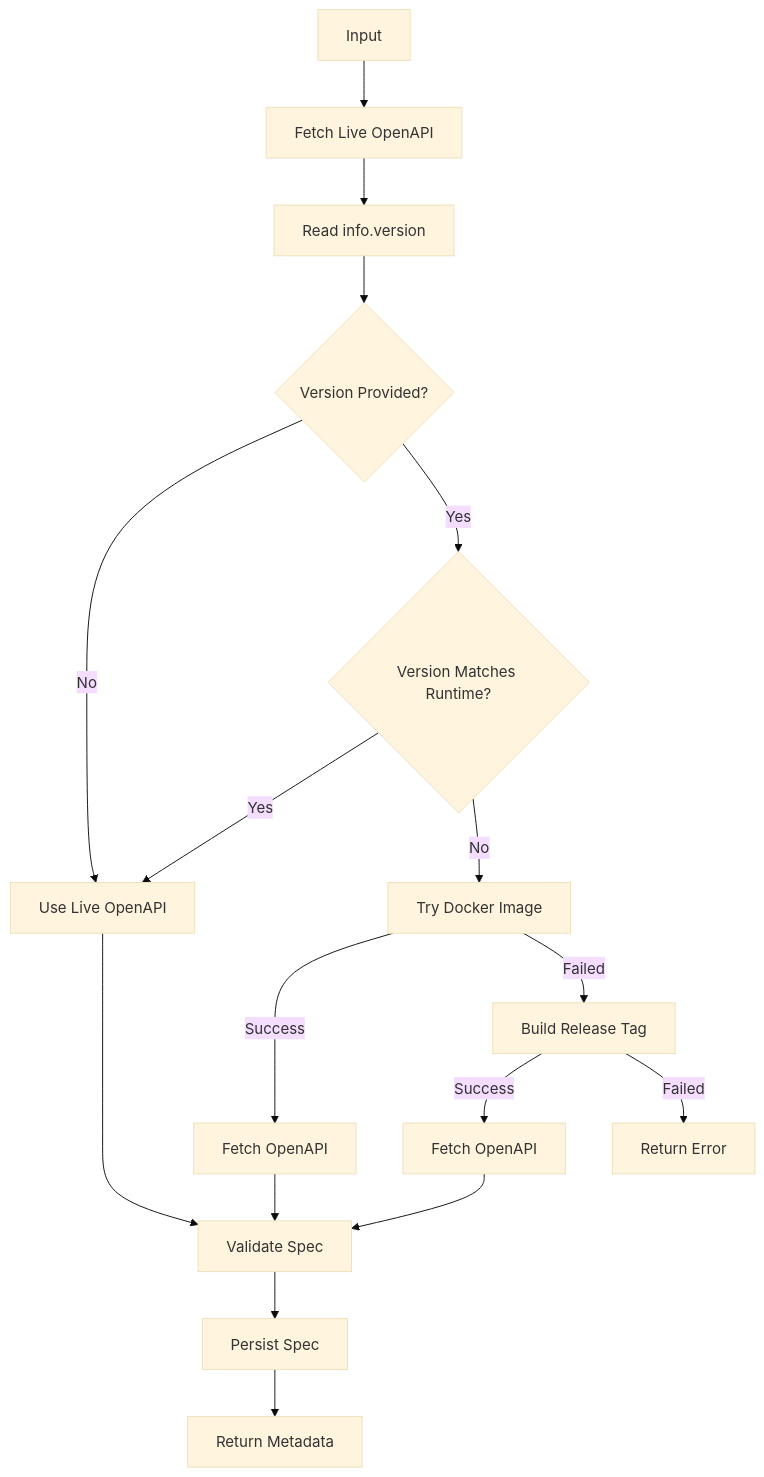
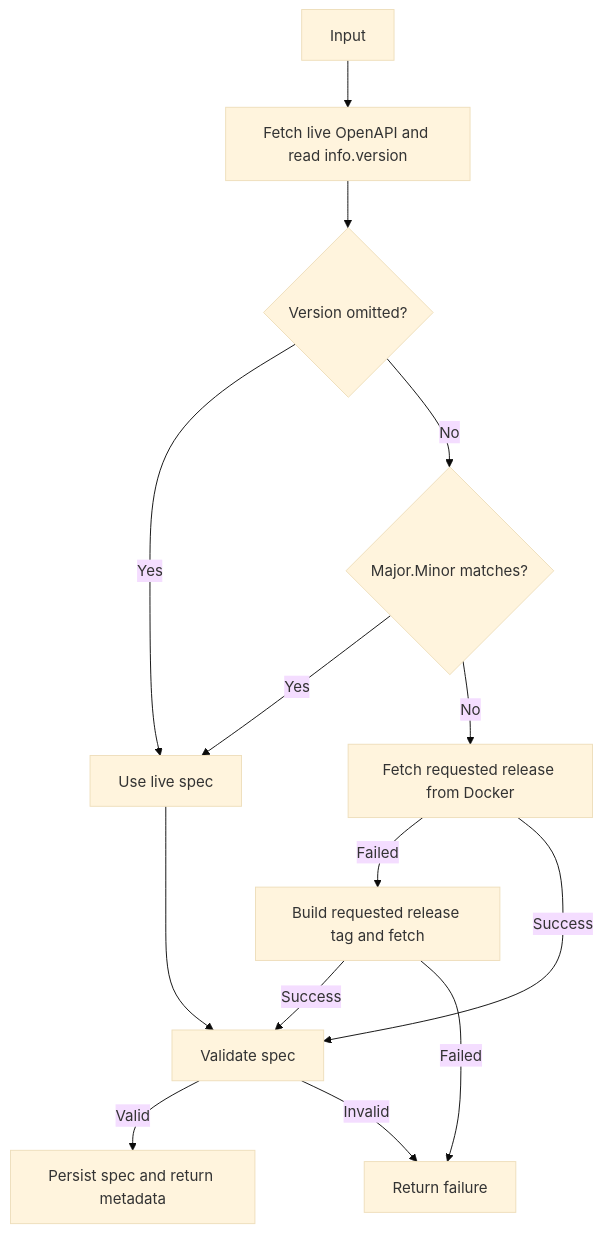
The diagram in .github/agents/sw360-openAPI-provider.md (siemens/continuous-clearing), drawn with Mermaid (base theme) before and after one commit. The commit also changed other lines of this file and 7 other files, not shown here.

````diff
--- a/.github/agents/sw360-openAPI-provider.md
+++ b/.github/agents/sw360-openAPI-provider.md
@@ -92,36 +14,16 @@
 ```mermaid
 flowchart TD
-
-A[Input]
-      --> B[Fetch Live OpenAPI]
-
-B --> C[Read info.version]
-
-C --> D{Version Provided?}
-
-D -->|No| E[Use Live OpenAPI]
-
-D -->|Yes| F{Version Matches Runtime?}
-
-F -->|Yes| E
-
-F -->|No| G[Try Docker Image]
-
-G -->|Success| H[Fetch OpenAPI]
-
-G -->|Failed| I[Build Release Tag]
-
-I -->|Success| J[Fetch OpenAPI]
-
-I -->|Failed| K[Return Error]
-
-H --> L[Validate Spec]
-
-J --> L
-
-E --> L
-
-L --> M[Persist Spec]
-
-M --> N[Return Metadata]
+  A[Input] --> B[Fetch live OpenAPI and read info.version]
+  B --> C{Version omitted?}
+  C -->|Yes| G[Use live spec]
+  C -->|No| D{Major.Minor matches?}
+  D -->|Yes| G
+  D -->|No| E[Fetch requested release from Docker]
+  E -->|Failed| F[Build requested release tag and fetch]
+  E -->|Success| H[Validate spec]
+  F -->|Success| H
+  F -->|Failed| X[Return failure]
+  G --> H
+  H -->|Valid| I[Persist spec and return metadata]
+  H -->|Invalid| X
 ```
````
